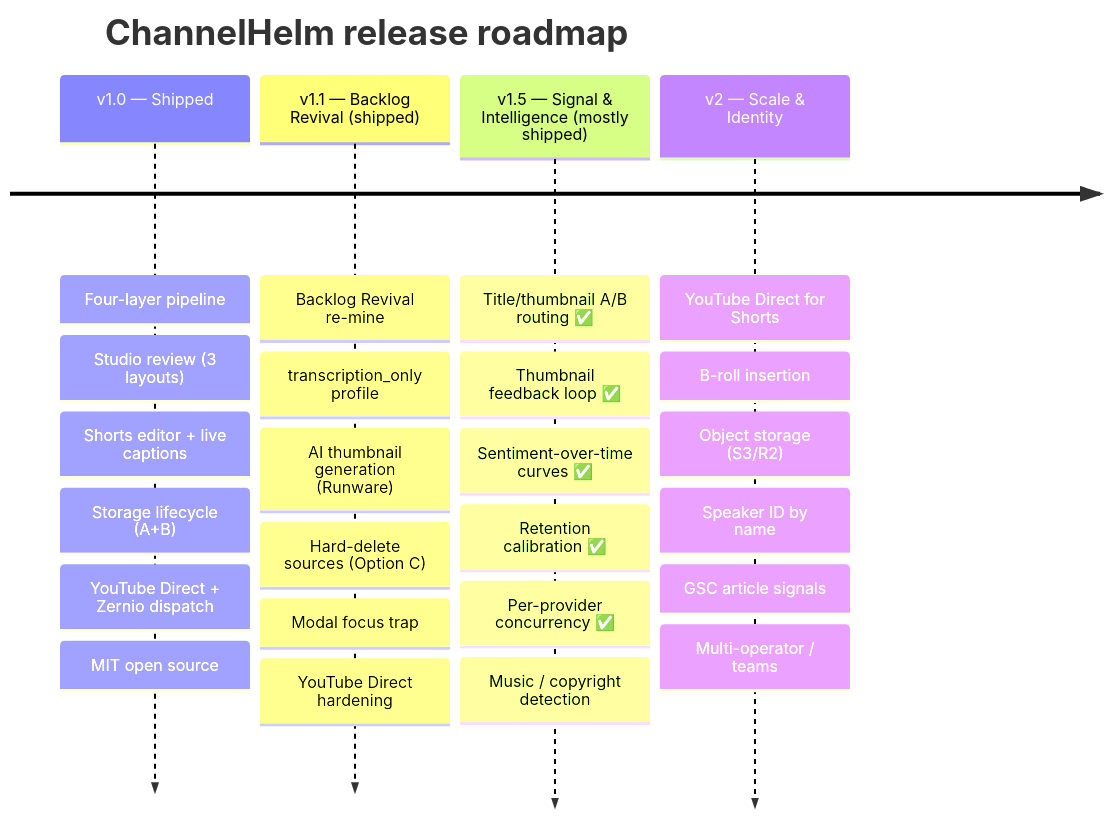
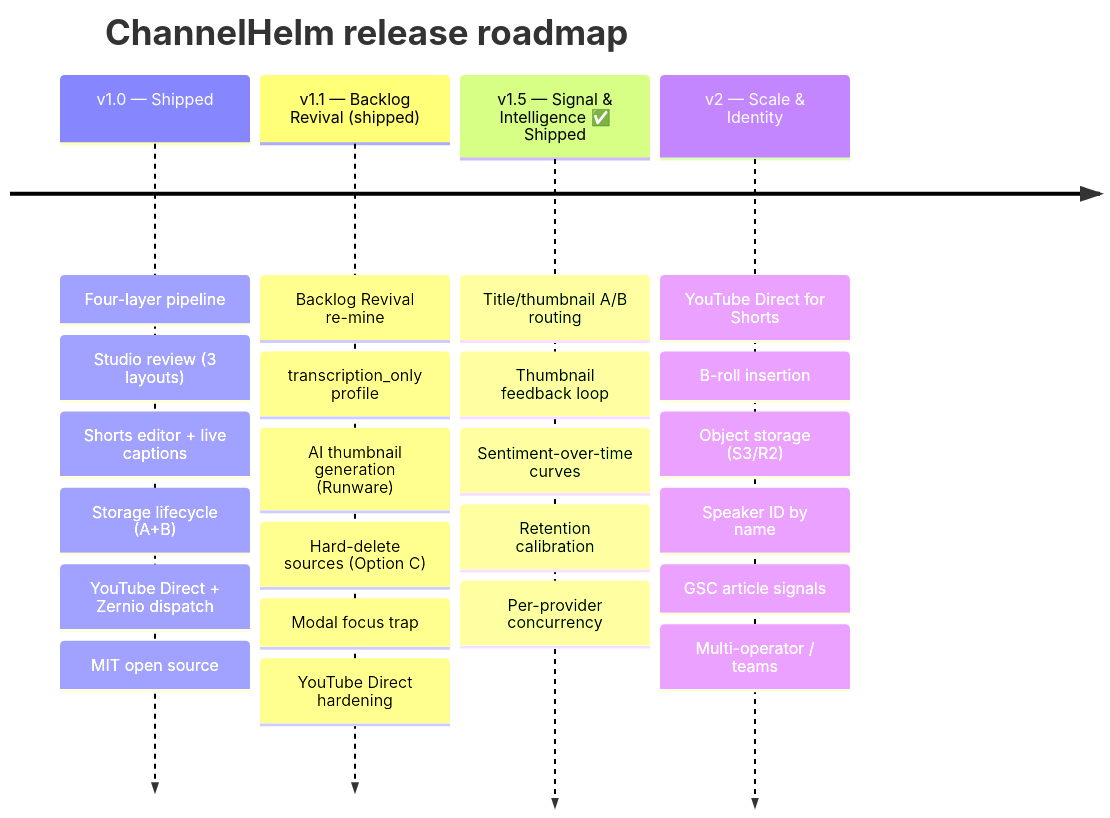
One commit to MeyerThorsten/ChannelHelm changed the diagram in ROADMAP.md. Above: the diagram before and after it, drawn with Mermaid. The commit also changed other lines of this file and 4 other files, not shown here.

First line of the commit message:
docs: v1.5 fully shipped; music/copyright → Ideas bucket; creator article

````diff
--- a/ROADMAP.md
+++ b/ROADMAP.md
@@ -5,8 +5,8 @@
 ```mermaid
 timeline
     title ChannelHelm release roadmap
     v1.0 — Shipped : Four-layer pipeline : Studio review (3 layouts) : Shorts editor + live captions : Storage lifecycle (A+B) : YouTube Direct + Zernio dispatch : MIT open source
     v1.1 — Backlog Revival (shipped) : Backlog Revival re-mine : transcription_only profile : AI thumbnail generation (Runware) : Hard-delete sources (Option C) : Modal focus trap : YouTube Direct hardening
-    v1.5 — Signal & Intelligence (mostly shipped) : Title/thumbnail A/B routing ✅ : Thumbnail feedback loop ✅ : Sentiment-over-time curves ✅ : Retention calibration ✅ : Per-provider concurrency ✅ : Music / copyright detection
+    v1.5 — Signal & Intelligence ✅ Shipped : Title/thumbnail A/B routing : Thumbnail feedback loop : Sentiment-over-time curves : Retention calibration : Per-provider concurrency
     v2 — Scale & Identity : YouTube Direct for Shorts : B-roll insertion : Object storage (S3/R2) : Speaker ID by name : GSC article signals : Multi-operator / teams
 ```
````
